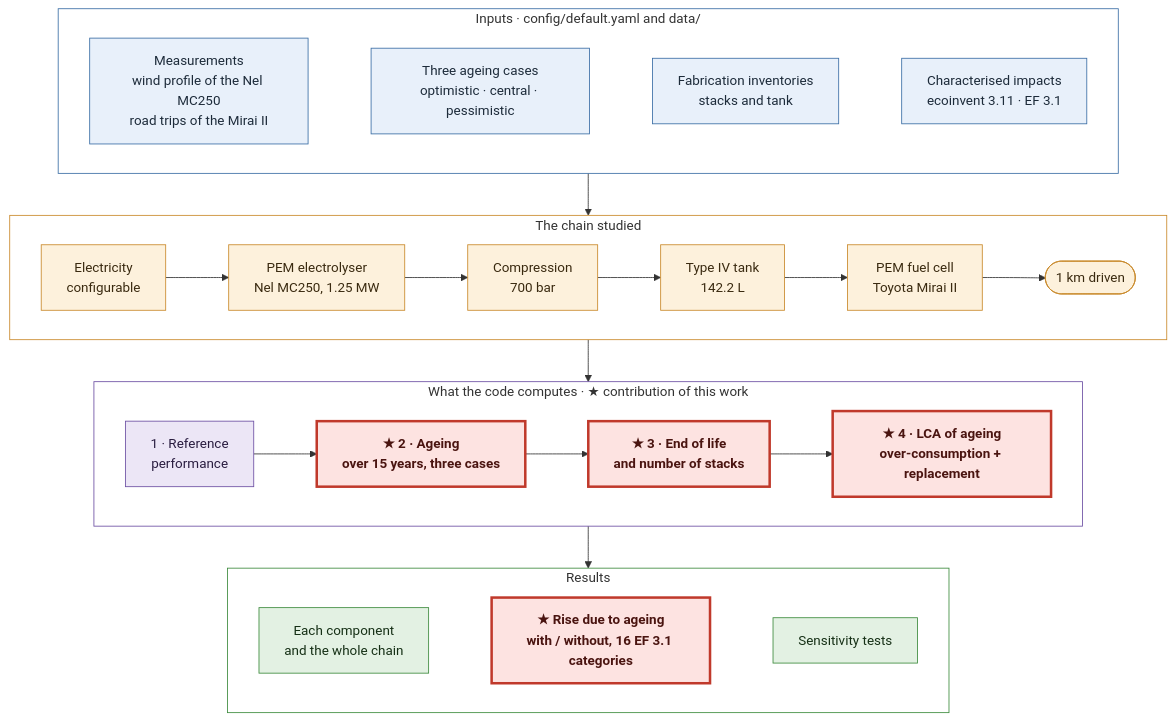
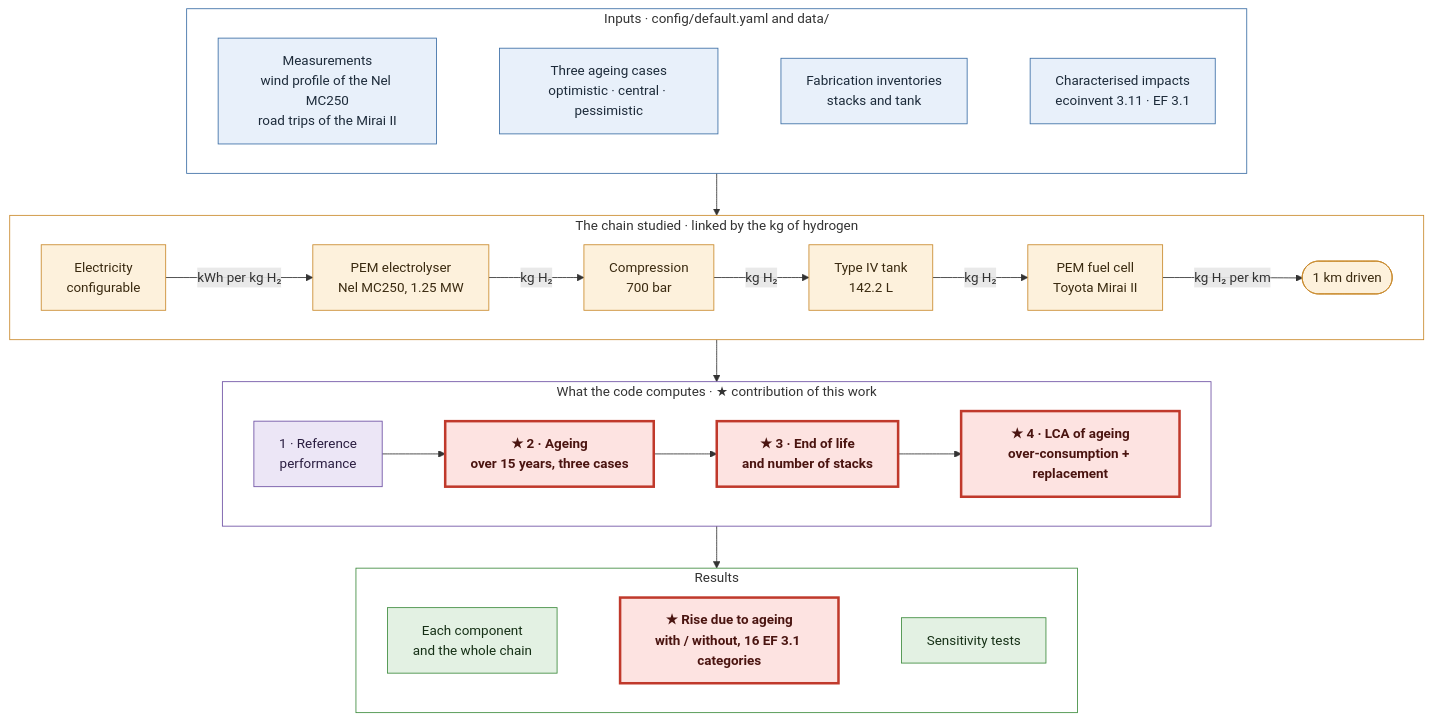
One commit to Ayabh12/h2-ageing-lca changed the diagram in README.md. Above: the diagram before and after it, drawn with Mermaid. The commit also changed 1 other file, not shown here.

Commit message:
README diagram: the chain is linked by the kg of hydrogen (flows on the arrows) (EN and FR)

````diff
--- a/README.md
+++ b/README.md
@@ -77,46 +77,46 @@
 ```mermaid
 flowchart TB
     subgraph E["Inputs · config/default.yaml and data/"]
         direction LR
         e1["Measurements<br/>wind profile of the Nel MC250<br/>road trips of the Mirai II"]
         e2["Three ageing cases<br/>optimistic · central · pessimistic"]
         e3["Fabrication inventories<br/>stacks and tank"]
         e4["Characterised impacts<br/>ecoinvent 3.11 · EF 3.1"]
         e1 ~~~ e2 ~~~ e3 ~~~ e4
     end
 
-    subgraph C["The chain studied"]
+    subgraph C["The chain studied · linked by the kg of hydrogen"]
         direction LR
-        c1["Electricity<br/>configurable"] --> c2["PEM electrolyser<br/>Nel MC250, 1.25 MW"] --> c3["Compression<br/>700 bar"] --> c4["Type IV tank<br/>142.2 L"] --> c5["PEM fuel cell<br/>Toyota Mirai II"] --> c6(["1 km driven"])
+        c1["Electricity<br/>configurable"] -->|"kWh per kg H₂"| c2["PEM electrolyser<br/>Nel MC250, 1.25 MW"] -->|"kg H₂"| c3["Compression<br/>700 bar"] -->|"kg H₂"| c4["Type IV tank<br/>142.2 L"] -->|"kg H₂"| c5["PEM fuel cell<br/>Toyota Mirai II"] -->|"kg H₂ per km"| c6(["1 km driven"])
     end
 
     subgraph M["What the code computes · ★ contribution of this work"]
         direction LR
         m1["1 · Reference<br/>performance"] --> m2["★ 2 · Ageing<br/>over 15 years, three cases"] --> m3["★ 3 · End of life<br/>and number of stacks"] --> m4["★ 4 · LCA of ageing<br/>over-consumption + replacement"]
     end
 
     subgraph R["Results"]
         direction LR
         r1["Each component<br/>and the whole chain"]
         r2["★ Rise due to ageing<br/>with / without, 16 EF 3.1 categories"]
         r3["Sensitivity tests"]
         r1 ~~~ r2 ~~~ r3
     end
 
     E --> C --> M --> R
 
     classDef inp fill:#e8f0fa,stroke:#3b6ea5,color:#1d2b3a
     classDef chain fill:#fdf1dc,stroke:#c9892b,color:#3a2a10
     classDef code fill:#ece6f6,stroke:#6c4fa3,color:#2a1d40
     classDef res fill:#e3f1e3,stroke:#3d8b3d,color:#163016
     class e1,e2,e3,e4 inp
     class c1,c2,c3,c4,c5,c6 chain
     class m1,m2,m3,m4 code
     class r1,r2,r3 res
     style E fill:#ffffff,stroke:#3b6ea5
     style C fill:#ffffff,stroke:#c9892b
     style M fill:#ffffff,stroke:#6c4fa3
     style R fill:#ffffff,stroke:#3d8b3d
     classDef key fill:#fde3e1,stroke:#c0392b,stroke-width:3px,color:#4a1410,font-weight:bold
     class m2,m3,m4,r2 key
 ```
````
